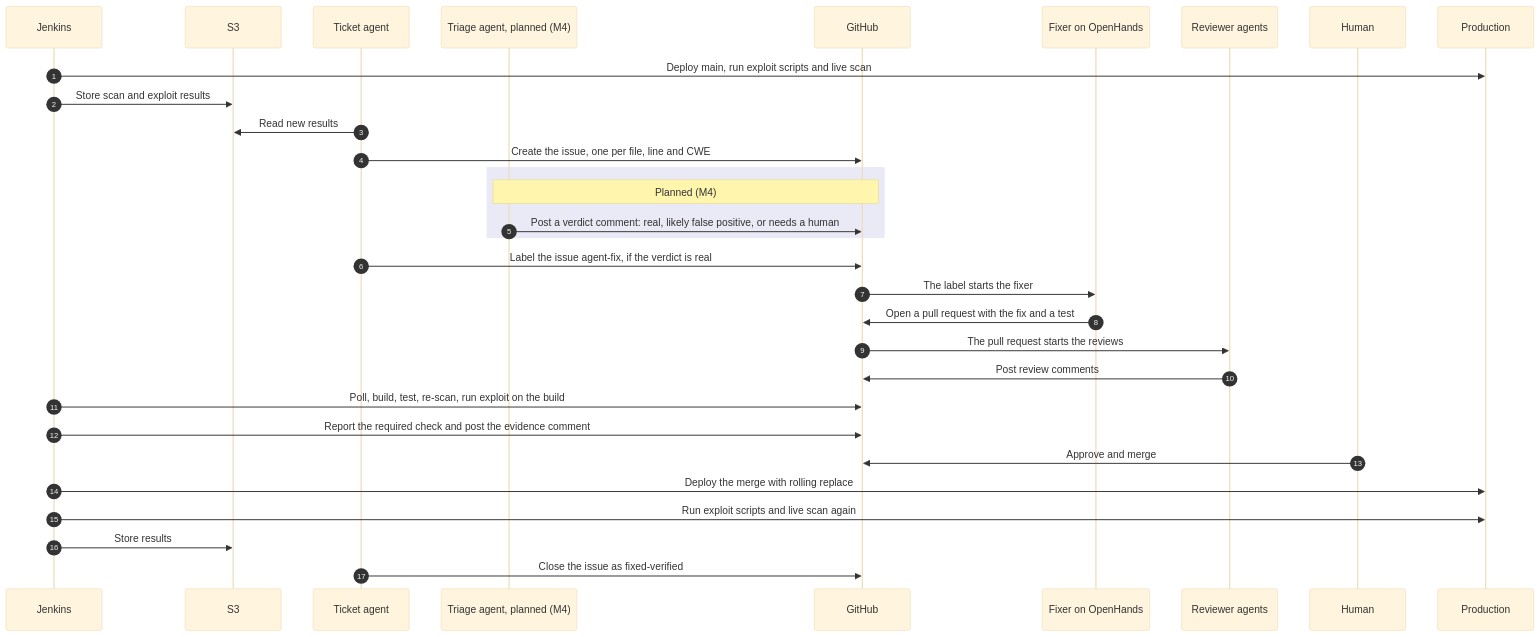
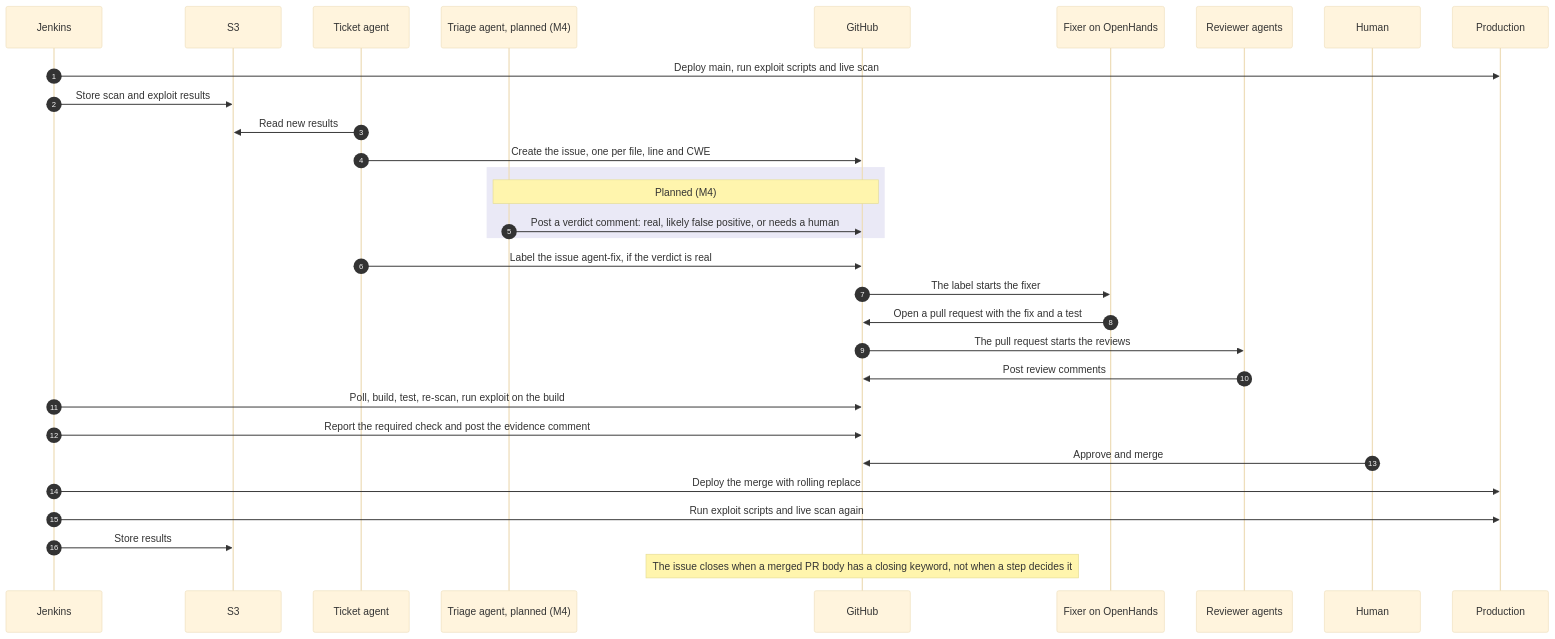
Before and after one commit to sandeepkesarkar/governed-remediation: the third of 5 diagrams in docs/HLD.md, drawn with Mermaid (base theme). The commit also changed other lines of this file and 2 other files, not shown here.

Commit message:
M0-15: HLD status, public repo, issue-closing mechanism in the diagrams, token pointers, regenerated workflow-loop.svg

````diff
--- a/docs/HLD.md
+++ b/docs/HLD.md
@@ -252,34 +252,34 @@
 ```mermaid
 sequenceDiagram
   autonumber
   participant J as Jenkins
   participant S as S3
   participant T as Ticket agent
   participant TR as Triage agent, planned (M4)
   participant G as GitHub
   participant F as Fixer on OpenHands
   participant R as Reviewer agents
   participant H as Human
   participant P as Production
 
   J->>P: Deploy main, run exploit scripts and live scan
   J->>S: Store scan and exploit results
   T->>S: Read new results
   T->>G: Create the issue, one per file, line and CWE
   rect rgba(83,74,183,0.12)
     Note over TR,G: Planned (M4)
     TR->>G: Post a verdict comment: real, likely false positive, or needs a human
   end
   T->>G: Label the issue agent-fix, if the verdict is real
   G->>F: The label starts the fixer
   F->>G: Open a pull request with the fix and a test
   G->>R: The pull request starts the reviews
   R->>G: Post review comments
   J->>G: Poll, build, test, re-scan, run exploit on the build
   J->>G: Report the required check and post the evidence comment
   H->>G: Approve and merge
   J->>P: Deploy the merge with rolling replace
   J->>P: Run exploit scripts and live scan again
   J->>S: Store results
-  T->>G: Close the issue as fixed-verified
+  Note over G: The issue closes when a merged PR body has a closing keyword, not when a step decides it
 ```
````
